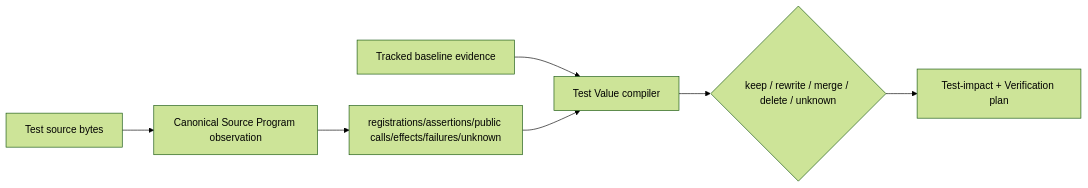
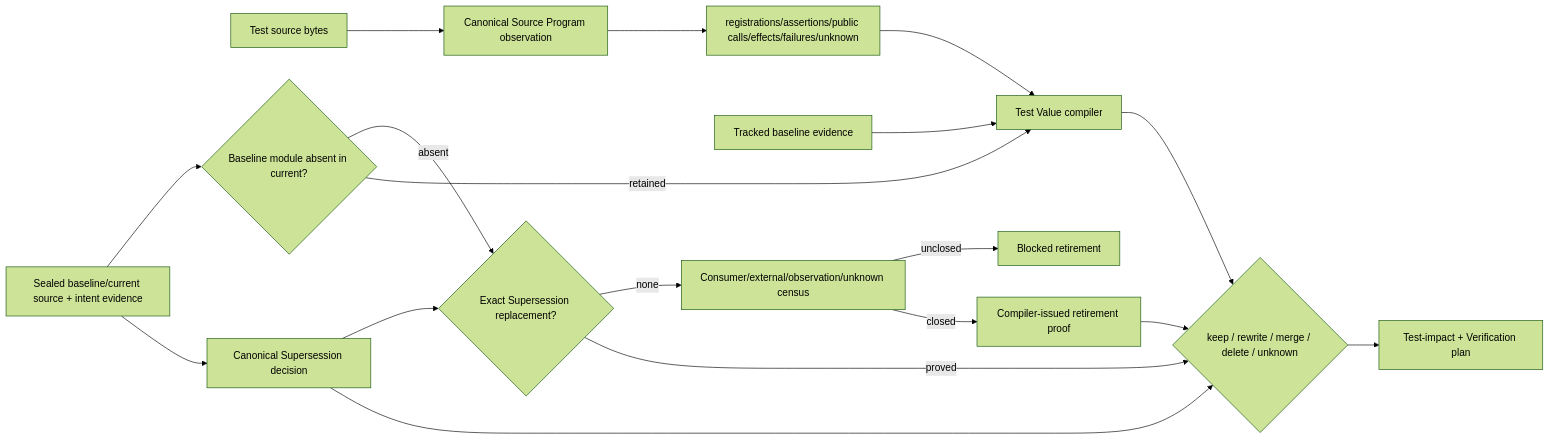
Before and after one commit to sec-platform/sec: the second of 2 diagrams in docs/verification-governance.md, drawn with Mermaid (forest theme). The commit also changed other lines of this file and 74 other files, not shown here.

````diff
--- a/docs/verification-governance.md
+++ b/docs/verification-governance.md
@@ -116,9 +116,20 @@
 ```mermaid
 flowchart LR
   S[Test source bytes] --> SP[Canonical Source Program observation]
   SP --> T[registrations/assertions/public calls/effects/failures/unknown]
   B[Tracked baseline evidence] --> V[Test Value compiler]
   T --> V
   V --> D{keep / rewrite / merge / delete / unknown}
+  E[Sealed baseline/current source + intent evidence] --> R[Canonical Supersession decision]
+  R --> D
+  E --> A{Baseline module absent in current?}
+  A -->|retained| V
+  A -->|absent| M{Exact Supersession replacement?}
+  R --> M
+  M -->|proved| D
+  M -->|none| C[Consumer/external/observation/unknown census]
+  C -->|closed| P[Compiler-issued retirement proof]
+  C -->|unclosed| U[Blocked retirement]
+  P --> D
   D --> I[Test-impact + Verification plan]
 ```
````
